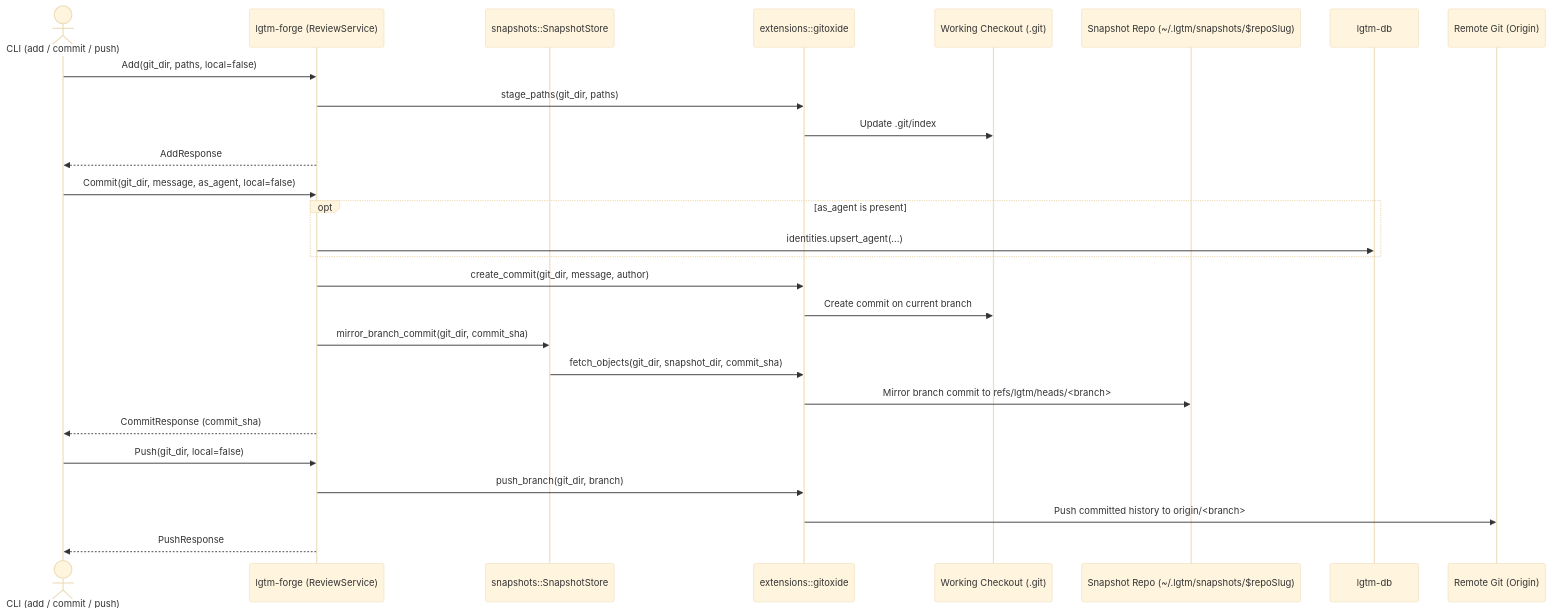
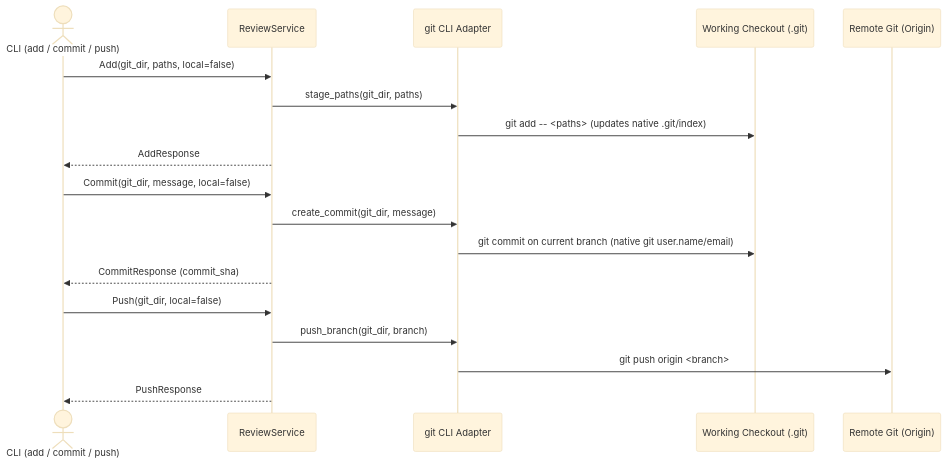
The third of 11 diagrams in docs/architecture/forge/index.md (difflab-io/lgtm), drawn with Mermaid (base theme) before and after one commit. The commit also changed other lines of this file and 26 other files, not shown here.

Commit message:
feat(forge,cli): isolate local snapshot store, purify domain models, and refine authorship

````diff
--- a/docs/architecture/forge/index.md
+++ b/docs/architecture/forge/index.md
@@ -292,32 +291,23 @@
 ```mermaid
 sequenceDiagram
     actor Caller as CLI (add / commit / push)
-    participant Service as lgtm-forge (ReviewService)
-    participant SnapStore as snapshots::SnapshotStore
-    participant Gix as extensions::gitoxide
+    participant Service as ReviewService
+    participant Git as git CLI Adapter
     participant Checkout as Working Checkout (.git)
-    participant Snapshot as Snapshot Repo (~/.lgtm/snapshots/$repoSlug)
-    participant DB as lgtm-db
     participant GH as Remote Git (Origin)
 
     Caller->>Service: Add(git_dir, paths, local=false)
-    Service->>Gix: stage_paths(git_dir, paths)
-    Gix->>Checkout: Update .git/index
+    Service->>Git: stage_paths(git_dir, paths)
+    Git->>Checkout: git add -- <paths> (updates native .git/index)
     Service-->>Caller: AddResponse
 
-    Caller->>Service: Commit(git_dir, message, as_agent, local=false)
-    opt as_agent is present
-        Service->>DB: identities.upsert_agent(...)
-    end
-    Service->>Gix: create_commit(git_dir, message, author)
-    Gix->>Checkout: Create commit on current branch
-    Service->>SnapStore: mirror_branch_commit(git_dir, commit_sha)
-    SnapStore->>Gix: fetch_objects(git_dir, snapshot_dir, commit_sha)
-    Gix->>Snapshot: Mirror branch commit to refs/lgtm/heads/<branch>
+    Caller->>Service: Commit(git_dir, message, local=false)
+    Service->>Git: create_commit(git_dir, message)
+    Git->>Checkout: git commit on current branch (native git user.name/email)
     Service-->>Caller: CommitResponse (commit_sha)
 
     Caller->>Service: Push(git_dir, local=false)
-    Service->>Gix: push_branch(git_dir, branch)
-    Gix->>GH: Push committed history to origin/<branch>
+    Service->>Git: push_branch(git_dir, branch)
+    Git->>GH: git push origin <branch>
     Service-->>Caller: PushResponse
 ```
````
